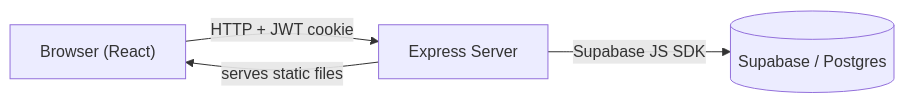
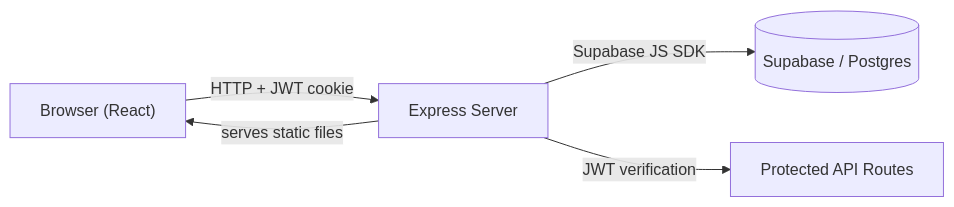
The first of 2 diagrams in README.md (AaronFan5/CS35L-Project), drawn with Mermaid before and after one commit. The commit also changed other lines of this file and 4 other files, not shown here.

````diff
--- a/README.md
+++ b/README.md
@@ -49,6 +51,7 @@
 ```mermaid
 graph LR
   Browser["Browser (React)"] -->|HTTP + JWT cookie| Express["Express Server"]
   Express -->|Supabase JS SDK| DB[("Supabase / Postgres")]
   Express -->|serves static files| Browser
+  Express -->|JWT verification| Auth["Protected API Routes"]
 ```
````
